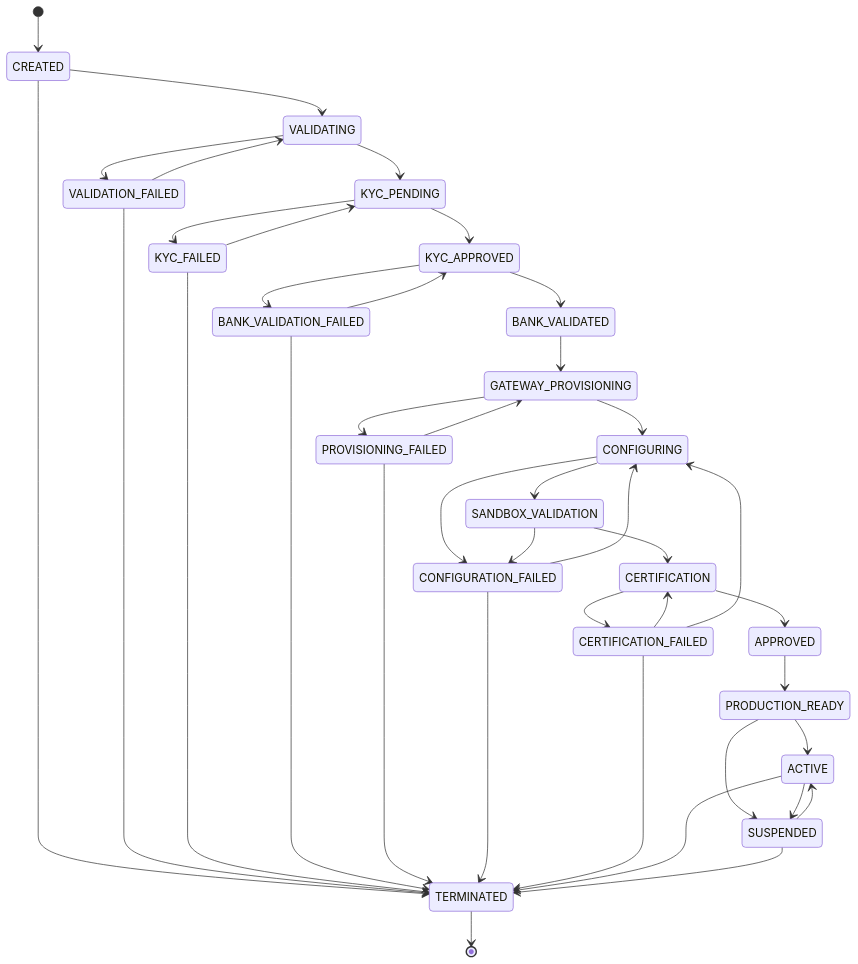
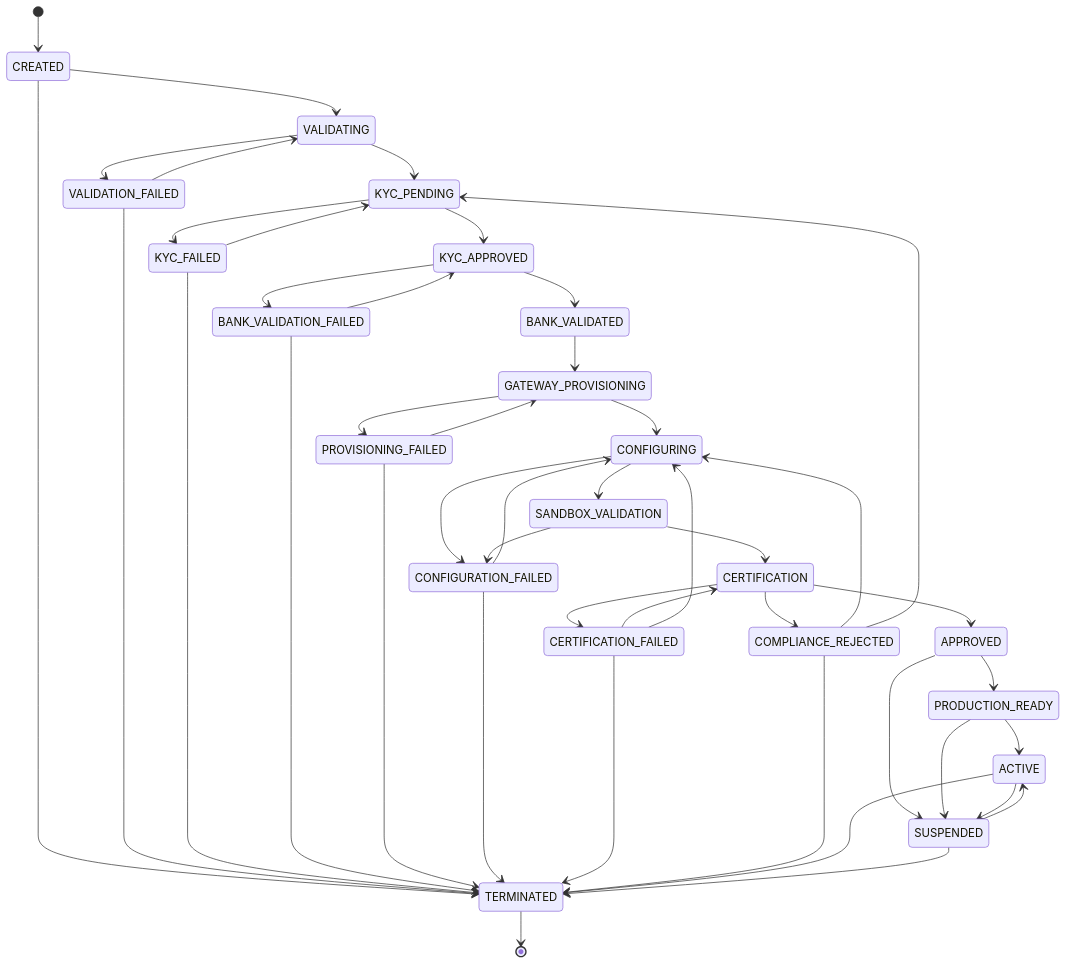
The first of 14 diagrams in docs/state-machines.md (udaykishore-resu/payments-platform), drawn with Mermaid before and after one commit. The commit also changed other lines of this file and 67 other files, not shown here.

````diff
--- a/docs/state-machines.md
+++ b/docs/state-machines.md
@@ -33,42 +53,47 @@
 ```mermaid
 stateDiagram-v2
     [*] --> CREATED
     CREATED --> VALIDATING
     CREATED --> TERMINATED
     VALIDATING --> KYC_PENDING
     VALIDATING --> VALIDATION_FAILED
     VALIDATION_FAILED --> VALIDATING
     VALIDATION_FAILED --> TERMINATED
     KYC_PENDING --> KYC_APPROVED
     KYC_PENDING --> KYC_FAILED
     KYC_FAILED --> KYC_PENDING
     KYC_FAILED --> TERMINATED
     KYC_APPROVED --> BANK_VALIDATED
     KYC_APPROVED --> BANK_VALIDATION_FAILED
     BANK_VALIDATION_FAILED --> KYC_APPROVED
     BANK_VALIDATION_FAILED --> TERMINATED
     BANK_VALIDATED --> GATEWAY_PROVISIONING
     GATEWAY_PROVISIONING --> CONFIGURING
     GATEWAY_PROVISIONING --> PROVISIONING_FAILED
     PROVISIONING_FAILED --> GATEWAY_PROVISIONING
     PROVISIONING_FAILED --> TERMINATED
     CONFIGURING --> SANDBOX_VALIDATION
     CONFIGURING --> CONFIGURATION_FAILED
     CONFIGURATION_FAILED --> CONFIGURING
     CONFIGURATION_FAILED --> TERMINATED
     SANDBOX_VALIDATION --> CERTIFICATION
     SANDBOX_VALIDATION --> CONFIGURATION_FAILED
     CERTIFICATION --> APPROVED
     CERTIFICATION --> CERTIFICATION_FAILED
+    CERTIFICATION --> COMPLIANCE_REJECTED
     CERTIFICATION_FAILED --> CERTIFICATION
     CERTIFICATION_FAILED --> CONFIGURING
     CERTIFICATION_FAILED --> TERMINATED
+    COMPLIANCE_REJECTED --> CONFIGURING
+    COMPLIANCE_REJECTED --> KYC_PENDING
+    COMPLIANCE_REJECTED --> TERMINATED
     APPROVED --> PRODUCTION_READY
+    APPROVED --> SUSPENDED
     PRODUCTION_READY --> ACTIVE
     PRODUCTION_READY --> SUSPENDED
     ACTIVE --> SUSPENDED
     ACTIVE --> TERMINATED
     SUSPENDED --> ACTIVE
     SUSPENDED --> TERMINATED
     TERMINATED --> [*]
 ```
````
